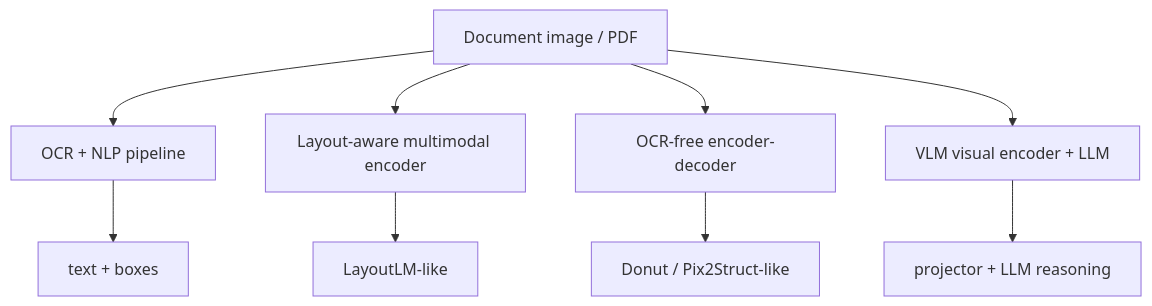
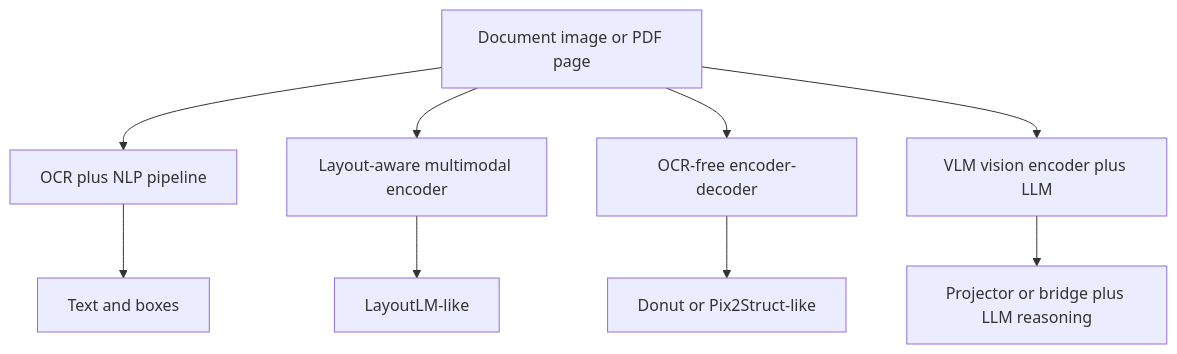
The first of 2 diagrams in docs/multimodal/document_understanding.md (b-io/vlm-inference-lab), drawn with Mermaid before and after one commit. The commit also changed other lines of this file and 6 other files, not shown here.

First line of the commit message:
docs: update VLM architectures, knowledge distillation, and fix LaTeX rendering

````diff
--- a/docs/multimodal/document_understanding.md
+++ b/docs/multimodal/document_understanding.md
@@ -31,12 +46,12 @@
 ```mermaid
 flowchart TD
-    A[Document image / PDF] --> B[OCR + NLP pipeline]
+    A[Document image or PDF page] --> B[OCR plus NLP pipeline]
     A --> C[Layout-aware multimodal encoder]
     A --> D[OCR-free encoder-decoder]
-    A --> E[VLM visual encoder + LLM]
+    A --> E[VLM vision encoder plus LLM]
 
-    B --> B1[text + boxes]
+    B --> B1[Text and boxes]
     C --> C1[LayoutLM-like]
-    D --> D1[Donut / Pix2Struct-like]
-    E --> E1[projector + LLM reasoning]
+    D --> D1[Donut or Pix2Struct-like]
+    E --> E1[Projector or bridge plus LLM reasoning]
 ```
````
